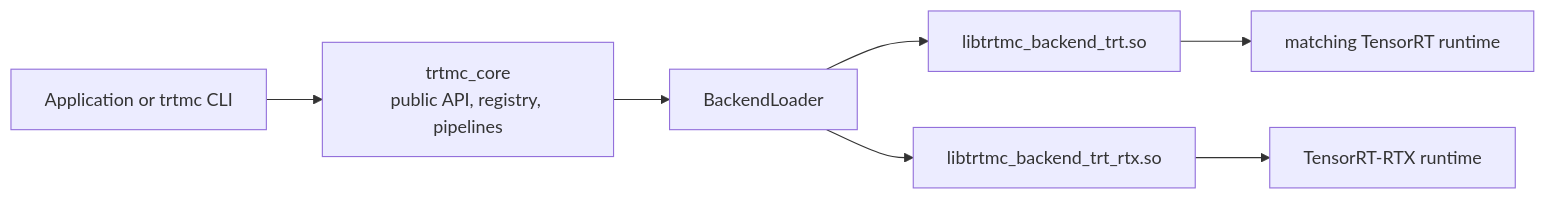
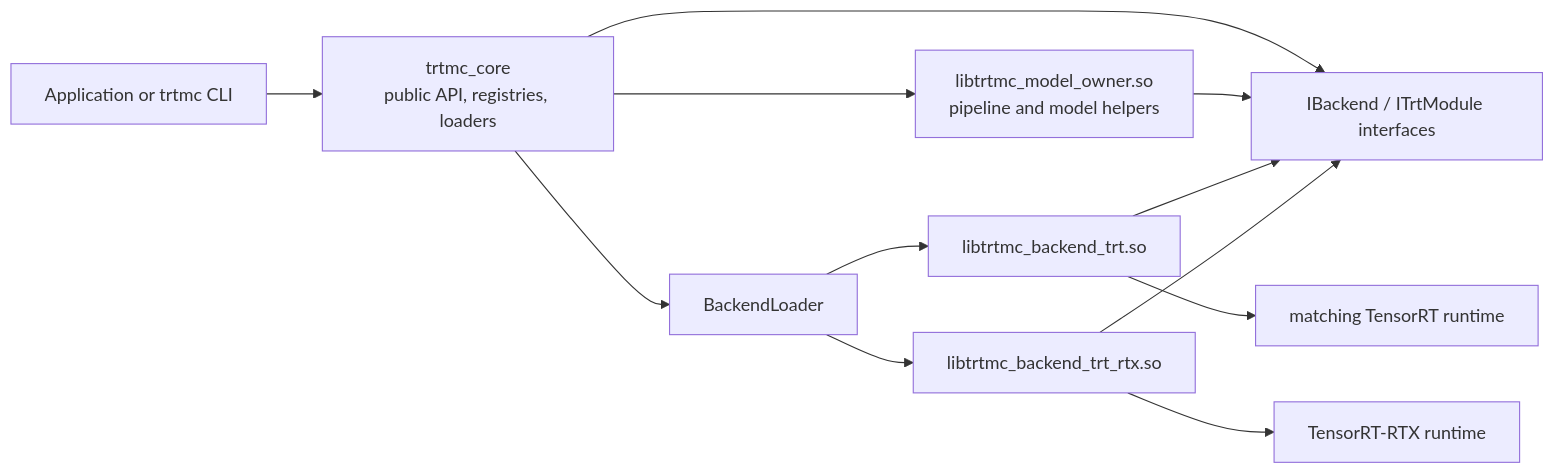
One commit to AbishekCoder1/TensorRT-Model-Connect changed the second of 3 diagrams in website/docs/architecture/build-system.md. Above: the diagram before and after it, drawn with Mermaid. The commit also changed other lines of this file and 83 other files, not shown here.

````diff
--- a/website/docs/architecture/build-system.md
+++ b/website/docs/architecture/build-system.md
@@ -50,9 +65,14 @@
 ```mermaid
 flowchart LR
-  App["Application or trtmc CLI"] --> Core["trtmc_core<br/>public API, registry, pipelines"]
+  App["Application or trtmc CLI"] --> Core["trtmc_core<br/>public API, registries, loaders"]
+  Core --> ModelDSO["libtrtmc_model_owner.so<br/>pipeline and model helpers"]
   Core --> Loader["BackendLoader"]
   Loader --> TrtDso["libtrtmc_backend_trt.so"]
   Loader --> RtxDso["libtrtmc_backend_trt_rtx.so"]
+  Core --> BackendApi["IBackend / ITrtModule interfaces"]
+  ModelDSO --> BackendApi
+  TrtDso --> BackendApi
+  RtxDso --> BackendApi
   TrtDso --> LibNvinfer["matching TensorRT runtime"]
   RtxDso --> RtxRuntime["TensorRT-RTX runtime"]
 ```
````
